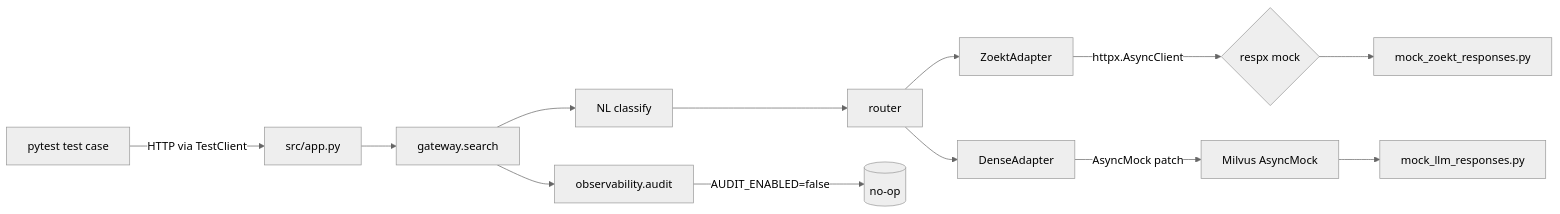
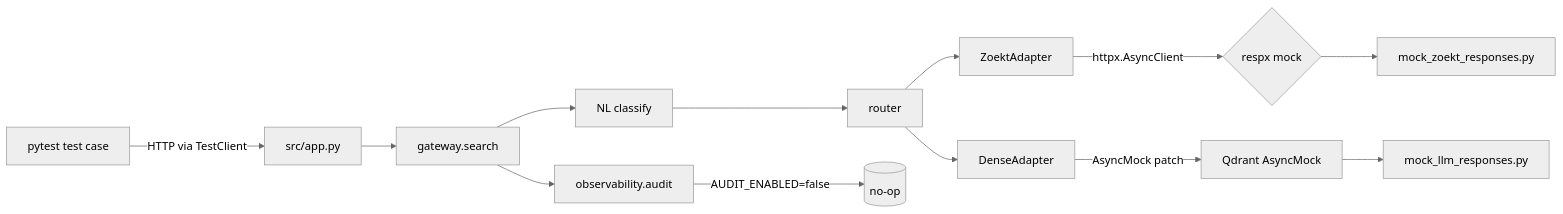
Before and after one commit to INNERJOINT/SourcePilot: the first of 2 diagrams in docs/testing/architecture.md, drawn with Mermaid (neutral theme). The commit also changed other lines of this file and 28 other files, not shown here.

First line of the commit message:
docs(dense): finish Milvus -> Qdrant migration in docs and comments

````diff
--- a/docs/testing/architecture.md
+++ b/docs/testing/architecture.md
@@ -78,15 +78,15 @@
 ```mermaid
 flowchart LR
     Test[pytest test case] -->|HTTP via TestClient| API[src/app.py]
     API --> Gateway[gateway.search]
     Gateway --> Classify[NL classify]
     Classify --> Router[router]
     Router --> Zoekt[ZoektAdapter]
     Router --> Dense[DenseAdapter]
     Zoekt -->|httpx.AsyncClient| Respx{respx mock}
-    Dense -->|AsyncMock patch| Mock[Milvus AsyncMock]
+    Dense -->|AsyncMock patch| Mock[Qdrant AsyncMock]
     Respx --> MockData[mock_zoekt_responses.py]
     Mock --> MockEmbed[mock_llm_responses.py]
     Gateway --> Audit[observability.audit]
     Audit -->|AUDIT_ENABLED=false| NoOp[(no-op)]
 ```
````
